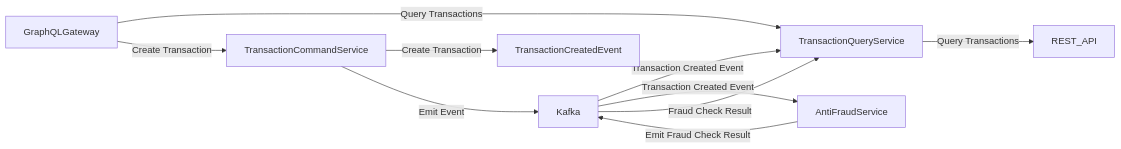
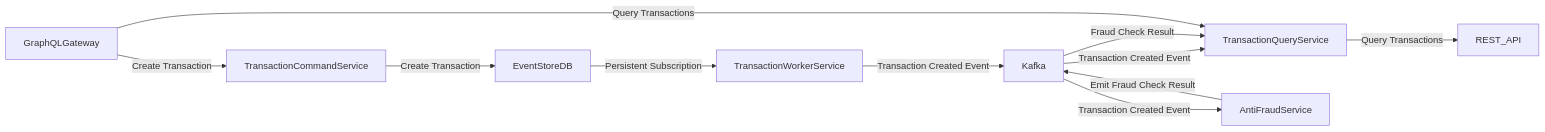
Before and after one commit to jvegar/app-nodejs-codechallenge: the diagram in ARCHITECTURE_OVERVIEW.md, drawn with Mermaid. The commit also changed other lines of this file and 1 other file, not shown here.

First line of the commit message:
docs: update architecture overview and add transaction worker service details

````diff
--- a/ARCHITECTURE_OVERVIEW.md
+++ b/ARCHITECTURE_OVERVIEW.md
@@ -43,12 +48,13 @@
 ```mermaid
 flowchart LR
-    TransactionCommandService -- Create Transaction --> TransactionCreatedEvent
-    TransactionCommandService -- Emit Event --> Kafka
+    TransactionCommandService -- Create Transaction --> EventStoreDB
+    EventStoreDB -- Persistent Subscription --> TransactionWorkerService    
+    TransactionWorkerService -- Transaction Created Event --> Kafka
     Kafka -- Transaction Created Event --> TransactionQueryService
     Kafka -- Transaction Created Event --> AntiFraudService
     AntiFraudService -- Emit Fraud Check Result --> Kafka
     Kafka -- Fraud Check Result --> TransactionQueryService
     TransactionQueryService -- Query Transactions --> REST_API
     GraphQLGateway -- Query Transactions --> TransactionQueryService
     GraphQLGateway -- Create Transaction --> TransactionCommandService
 ```
````
